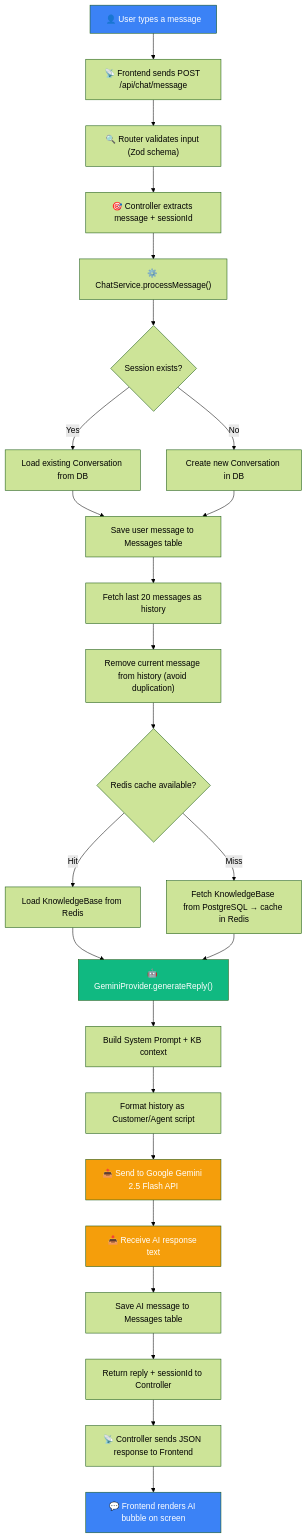
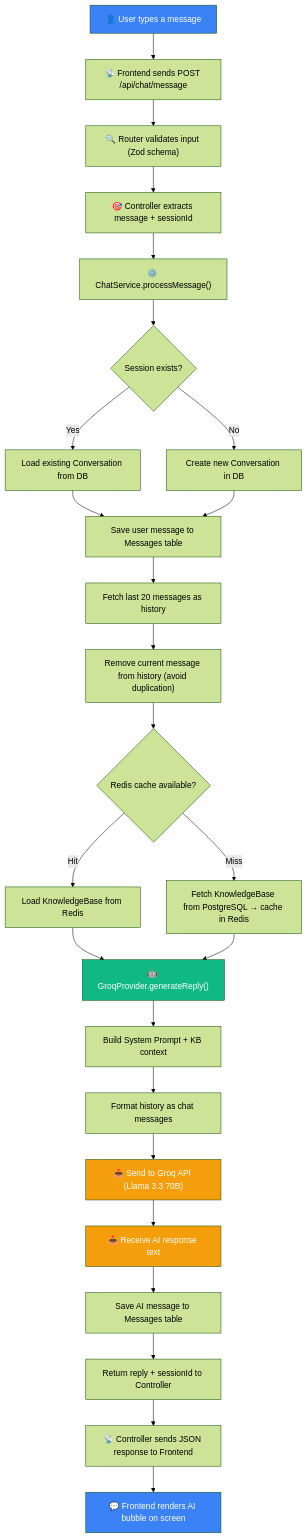
The diagram in README.md (NitinSemwal2605/AI-Support-Agent), drawn with Mermaid (forest theme) before and after one commit. The commit also changed other lines of this file, not shown here.

Commit message:
Update README: migrate all references from Gemini to Groq (Llama 3.3 70B)

````diff
--- a/README.md
+++ b/README.md
@@ -185,33 +185,33 @@
 ```mermaid
 flowchart TD
     A["👤 User types a message"] --> B["📡 Frontend sends POST /api/chat/message"]
     B --> C["🔍 Router validates input (Zod schema)"]
     C --> D["🎯 Controller extracts message + sessionId"]
     D --> E["⚙️ ChatService.processMessage()"]
     E --> F{"Session exists?"}
     F -- Yes --> G["Load existing Conversation from DB"]
     F -- No --> H["Create new Conversation in DB"]
     G --> I["Save user message to Messages table"]
     H --> I
     I --> J["Fetch last 20 messages as history"]
     J --> K["Remove current message from history (avoid duplication)"]
     K --> L{"Redis cache available?"}
     L -- Hit --> M["Load KnowledgeBase from Redis"]
     L -- Miss --> N["Fetch KnowledgeBase from PostgreSQL → cache in Redis"]
-    M --> O["🤖 GeminiProvider.generateReply()"]
+    M --> O["🤖 GroqProvider.generateReply()"]
     N --> O
     O --> P["Build System Prompt + KB context"]
-    P --> Q["Format history as Customer/Agent script"]
-    Q --> R["📤 Send to Google Gemini 2.5 Flash API"]
+    P --> Q["Format history as chat messages"]
+    Q --> R["📤 Send to Groq API (Llama 3.3 70B)"]
     R --> S["📥 Receive AI response text"]
     S --> T["Save AI message to Messages table"]
     T --> U["Return reply + sessionId to Controller"]
     U --> V["📡 Controller sends JSON response to Frontend"]
     V --> W["💬 Frontend renders AI bubble on screen"]
 
     style A fill:#3b82f6,color:#fff
     style W fill:#3b82f6,color:#fff
     style O fill:#10b981,color:#fff
     style R fill:#f59e0b,color:#fff
     style S fill:#f59e0b,color:#fff
 ```
````
